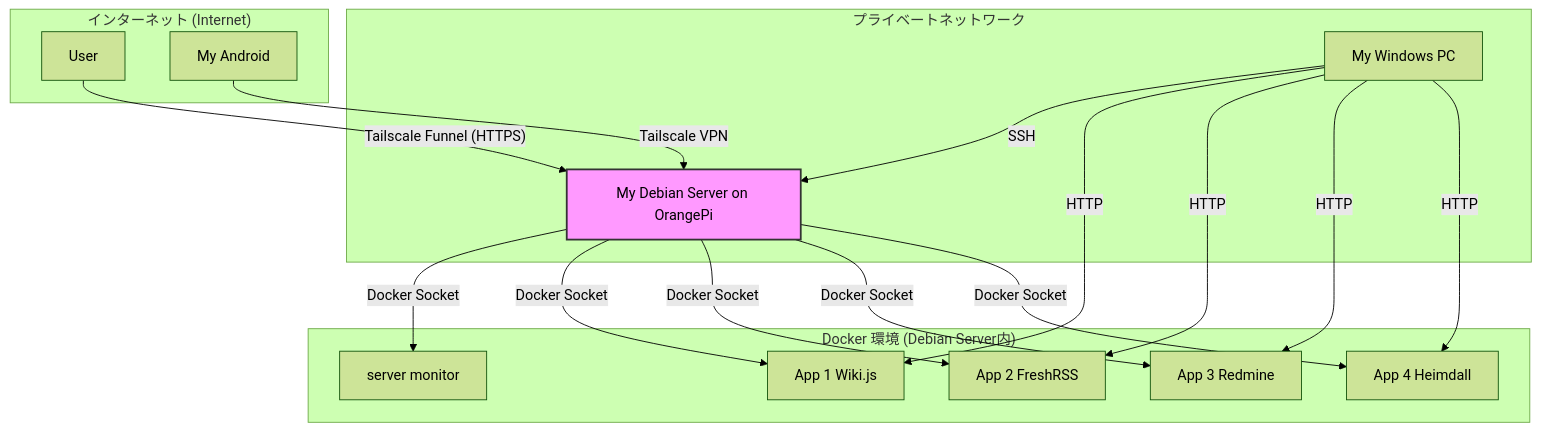
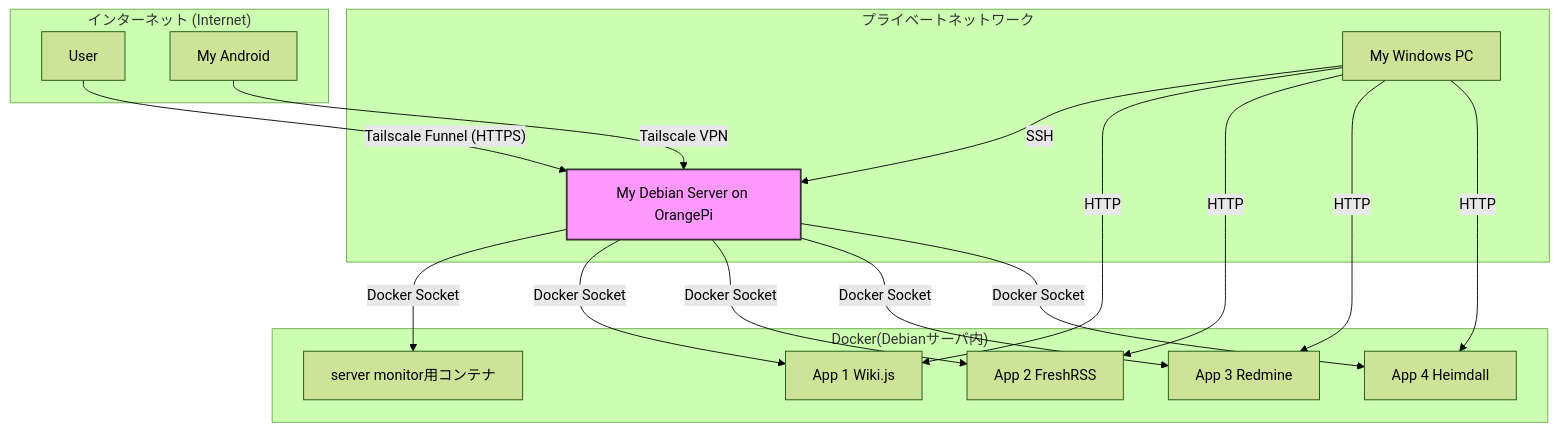
The first of 2 diagrams in README.md (qack-dev/homelab), drawn with Mermaid (forest theme) before and after one commit.

Commit message:
バグ修正

````diff
--- a/README.md
+++ b/README.md
@@ -9,31 +9,31 @@
 ```mermaid
 graph TD
     subgraph "インターネット (Internet)"
         J[User]
         K[My Android]
     end
     subgraph "プライベートネットワーク"
         A[My Windows PC]
         B[My Debian Server on OrangePi]
     end
-    subgraph "Docker 環境 (Debian Server内)"
-        C[server monitor]
+    subgraph "Docker(Debianサーバ内)"
+        C[server monitor用コンテナ]
         D[App 1 Wiki.js]
         E[App 2 FreshRSS]
         F[App 3 Redmine]
         G[App 4 Heimdall]
     end
     A -- SSH --> B
     B -- Docker Socket --> C
     B -- Docker Socket --> D
     B -- Docker Socket --> E
     B -- Docker Socket --> F
     B -- Docker Socket --> G
     A -- HTTP --> D
     A -- HTTP --> E
     A -- HTTP --> F
     A -- HTTP --> G
     J -- Tailscale Funnel (HTTPS) --> B
     K -- Tailscale VPN --> B
     style B fill:#f9f,stroke:#333,stroke-width:2px
 ```
````
